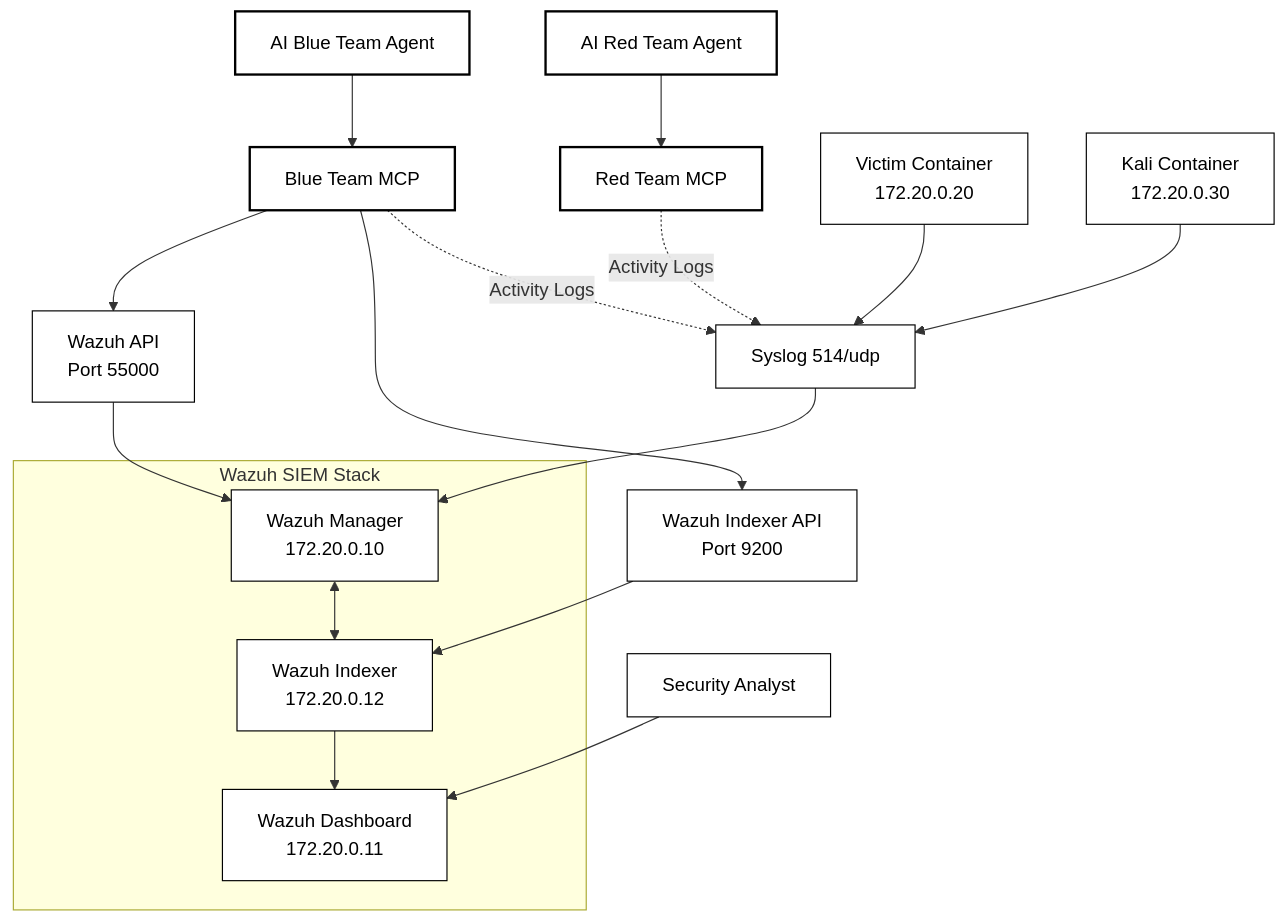
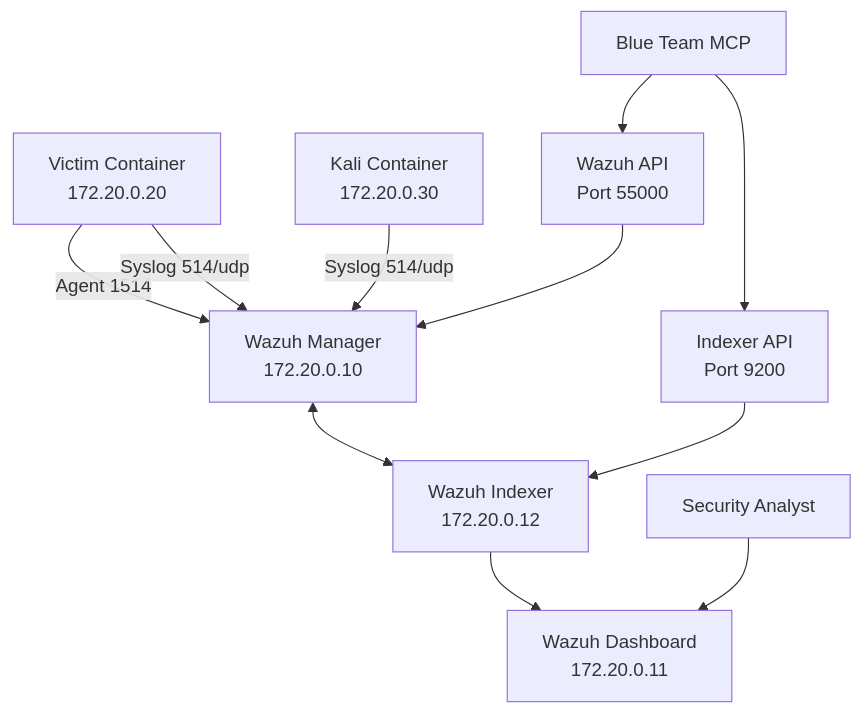
One commit to PaloAltoNetworks/shifter changed the diagram in docs/components/wazuh-siem.md. Above: the diagram before and after it, drawn with Mermaid. The commit also changed other lines of this file and 12 other files, not shown here.

````diff
--- a/docs/components/wazuh-siem.md
+++ b/docs/components/wazuh-siem.md
@@ -11,39 +13,16 @@
 ```mermaid
 flowchart TD
-    A[AI Blue Team Agent] --> B[Blue Team MCP]
-    C[AI Red Team Agent] --> D[Red Team MCP]
+    J[Victim Container<br/>172.20.0.20] --> |Agent 1514| G[Wazuh Manager<br/>172.20.0.10]
+    J --> |Syslog 514/udp| G
+    L[Kali Container<br/>172.20.0.30] --> |Syslog 514/udp| G
     
-    B --> E[Wazuh API<br/>Port 55000]
-    B --> F[Wazuh Indexer API<br/>Port 9200]
+    G <--> H[Wazuh Indexer<br/>172.20.0.12]
+    H --> I[Wazuh Dashboard<br/>172.20.0.11]
     
-    subgraph "Wazuh SIEM Stack"
-        G[Wazuh Manager<br/>172.20.0.10]
-        H[Wazuh Indexer<br/>172.20.0.12]
-        I[Wazuh Dashboard<br/>172.20.0.11]
-    end
-    
+    B[Blue Team MCP] --> E[Wazuh API<br/>Port 55000]
+    B --> F[Indexer API<br/>Port 9200]
     E --> G
     F --> H
-    G <--> H
-    H --> I
-    
-    J[Victim Container<br/>172.20.0.20] --> K[Syslog 514/udp]
-    L[Kali Container<br/>172.20.0.30] --> K
-    B -.->|Activity Logs| K
-    D -.->|Activity Logs| K
-    K --> G
     
     M[Security Analyst] --> I
-    
-    classDef ai fill:#ffffff,stroke:#000000,stroke-width:2px,color:#000000
-    classDef mcp fill:#ffffff,stroke:#000000,stroke-width:2px,color:#000000
-    classDef wazuh fill:#ffffff,stroke:#000000,stroke-width:1px,color:#000000
-    classDef logs fill:#ffffff,stroke:#000000,stroke-width:1px,color:#000000
-    classDef analyst fill:#ffffff,stroke:#000000,stroke-width:1px,color:#000000
-    
-    class A,C ai
-    class B,D mcp
-    class E,F,G,H,I wazuh
-    class J,K,L logs
-    class M analyst
 ```
````
